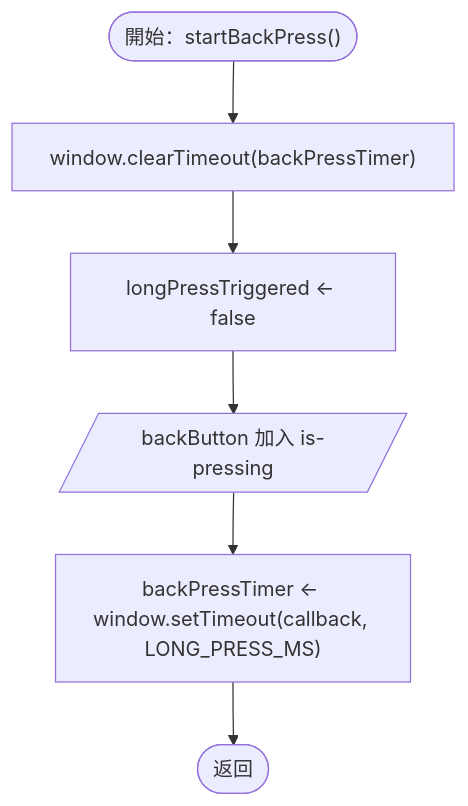
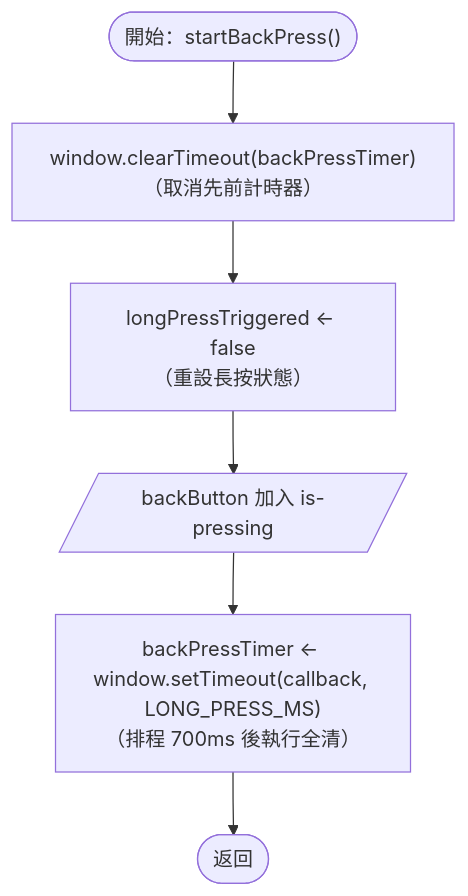
Diagram 16 of 29 in README.md (Chuen666666/hw3), drawn with Mermaid before and after one commit. The commit also changed other lines of this file and 1 other file, not shown here.

Commit message:
補充流程圖程式碼中文說明

````diff
--- a/README.md
+++ b/README.md
@@ -210,8 +210,8 @@
 ```mermaid
 flowchart TD
-    START(["開始：startBackPress()"]) --> CLEAR_TIMER["window.clearTimeout(backPressTimer)"]
-    CLEAR_TIMER --> RESET["longPressTriggered ← false"]
+    START(["開始：startBackPress()"]) --> CLEAR_TIMER["window.clearTimeout(backPressTimer)<br/>（取消先前計時器）"]
+    CLEAR_TIMER --> RESET["longPressTriggered ← false<br/>（重設長按狀態）"]
     RESET --> STYLE[/"backButton 加入 is-pressing"/]
-    STYLE --> TIMER["backPressTimer ← window.setTimeout(callback, LONG_PRESS_MS)"]
+    STYLE --> TIMER["backPressTimer ← window.setTimeout(callback, LONG_PRESS_MS)<br/>（排程 700ms 後執行全清）"]
     TIMER --> RETURN(["返回"])
 ```
````
